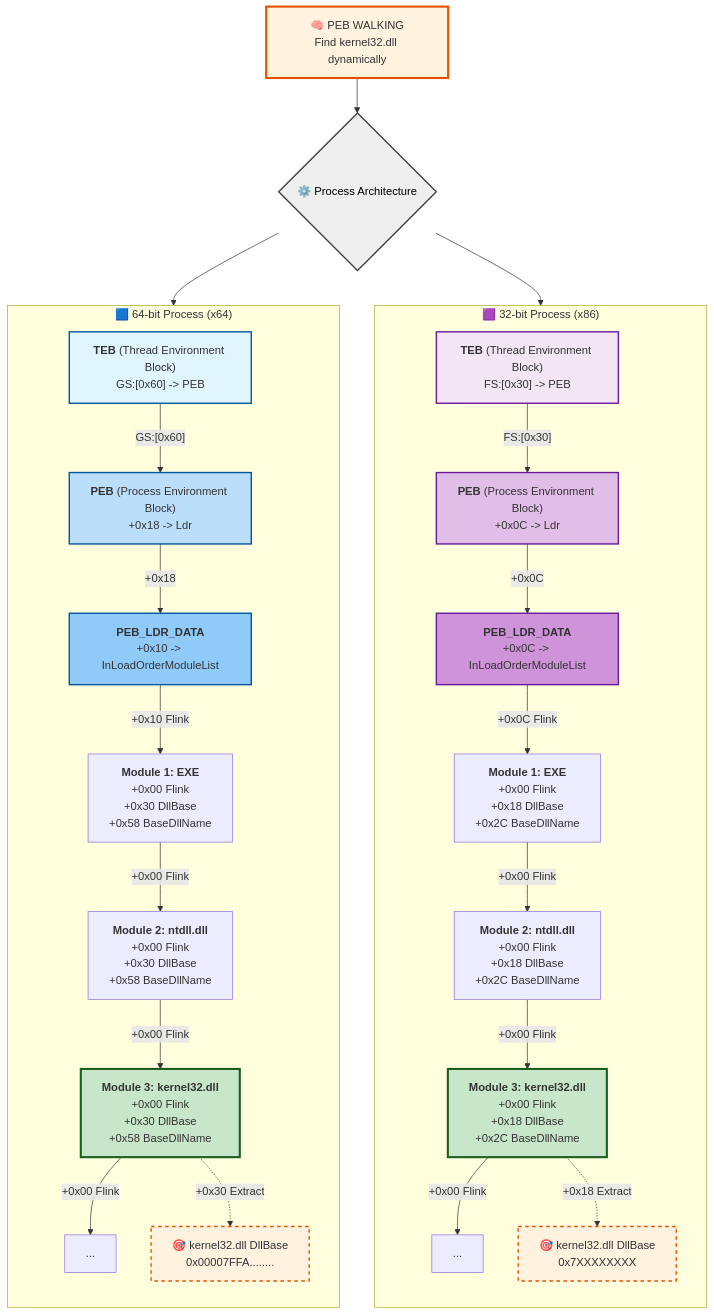
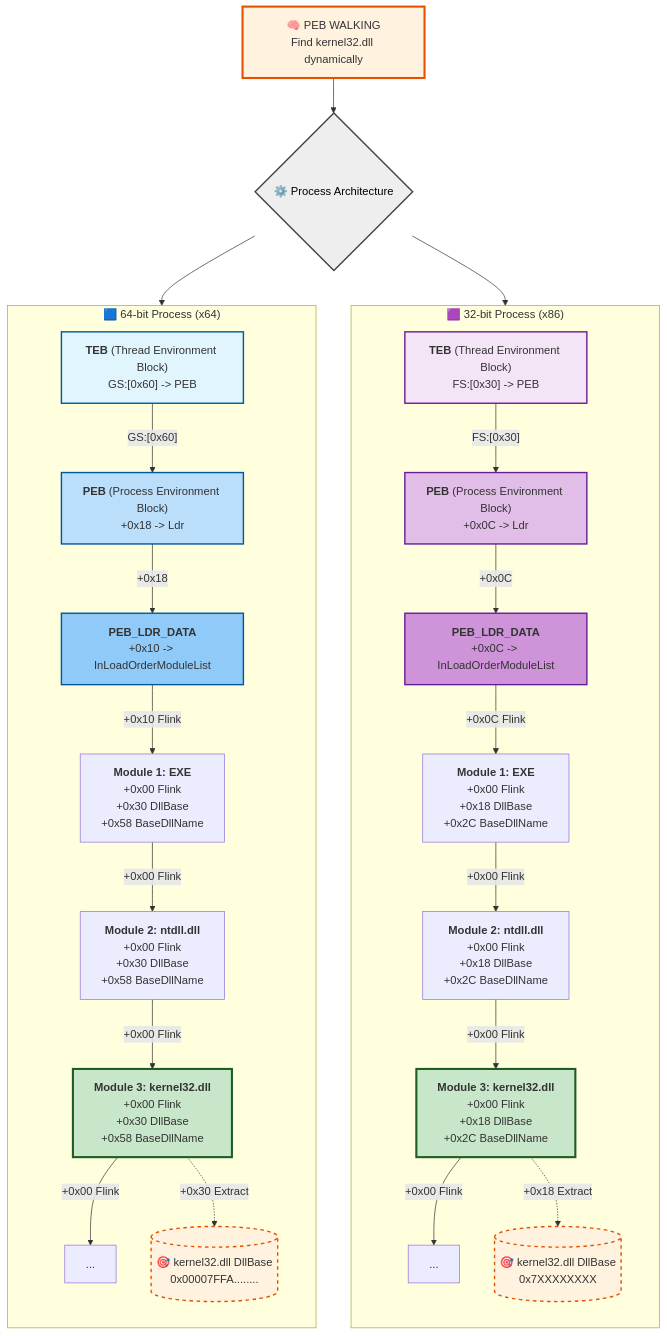
The second of 3 diagrams in content/Mitre Attack/Resource Development TA0042/Develop Capabilities T1587/Exploit/ShellCode/Windows x64 Assembly.md (adolfcna/ATTvDEF), drawn with Mermaid before and after one commit.

Commit message:
vault backup: 2026-10-06 22:27:22

```diff
--- a/content/Mitre Attack/Resource Development TA0042/Develop Capabilities T1587/Exploit/ShellCode/Windows x64 Assembly.md
+++ b/content/Mitre Attack/Resource Development TA0042/Develop Capabilities T1587/Exploit/ShellCode/Windows x64 Assembly.md
@@ -185,7 +185,7 @@
         K3264["<b>Module 3: kernel32.dll</b><br>+0x00 Flink<br>+0x30 DllBase<br>+0x58 BaseDllName"]
         NEXT64["..."]
 
-        BASE64["🎯 kernel32.dll DllBase<br>0x00007FFA........"]
+        BASE64[("🎯 kernel32.dll DllBase<br>0x00007FFA........")]
 
         TEB64 -->|"GS:[0x60]"| PEB64
         PEB64 -->|"+0x18"| LDR64
@@ -213,7 +213,7 @@
         K3232["<b>Module 3: kernel32.dll</b><br>+0x00 Flink<br>+0x18 DllBase<br>+0x2C BaseDllName"]
         NEXT32["..."]
 
-        BASE32["🎯 kernel32.dll DllBase<br>0x7XXXXXXXX"]
+        BASE32[("🎯 kernel32.dll DllBase<br>0x7XXXXXXXX")]
 
         TEB32 -->|"FS:[0x30]"| PEB32
         PEB32 -->|"+0x0C"| LDR32
```
